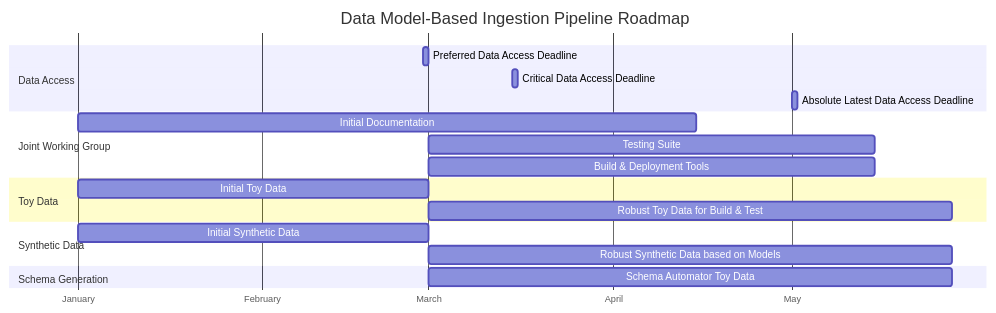
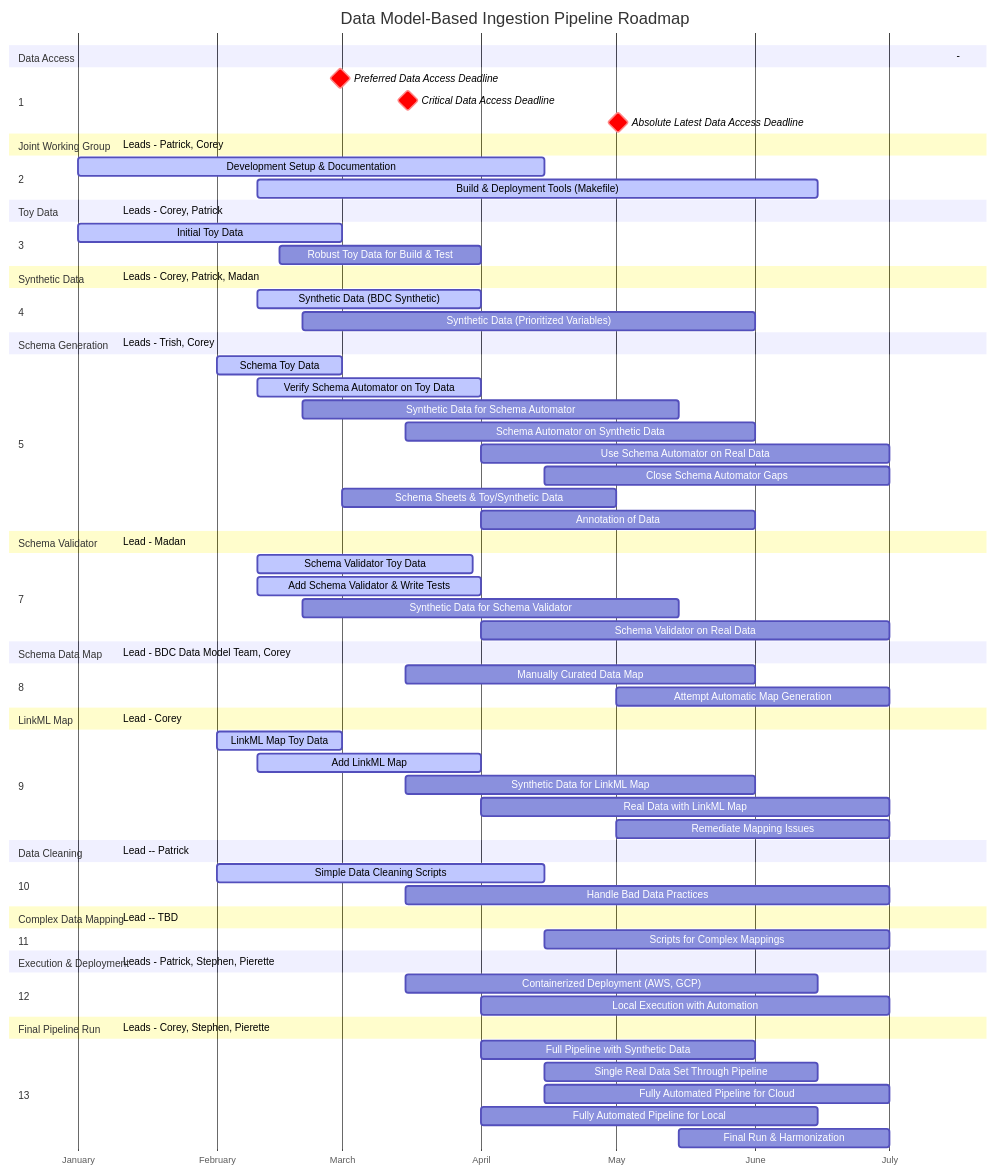
The first of 2 diagrams in DEVELOPMENT.md (linkml/dm-bip), drawn with Mermaid before and after one commit. The commit also changed other lines of this file, not shown here.

Commit message:
Complete initial development roadmap

```diff
--- a/DEVELOPMENT.md
+++ b/DEVELOPMENT.md
@@ -8,22 +8,104 @@
 gantt
     title Data Model-Based Ingestion Pipeline Roadmap
     dateFormat  YYYY-MM-DD
+
     section Data Access
-    Preferred Data Access Deadline          :Milestone, 2025-02-28, 1d
-    Critical Data Access Deadline           :Milestone, 2025-03-15, 1d
-    Absolute Latest Data Access Deadline    :Milestone, 2025-05-01, 1d
-    section Joint Working Group
-    Initial Documentation                   :Milestone, 2025-01-01, 2025-04-15
-    Testing Suite                           :Milestone, 2025-03-01, 2025-05-15
-    Build & Deployment Tools                :Milestone, 2025-03-01, 2025-05-15
+    -                                       :done, 2025-07-15, 0d
+
+    section 1 
+    Preferred Data Access Deadline          :crit, milestone, 2025-02-28, 1d
+    Critical Data Access Deadline           :crit, milestone, 2025-03-15, 1d
+    Absolute Latest Data Access Deadline    :crit, milestone, 2025-05-01, 1d
+
+    section Joint Working Group 
+    Leads - Patrick, Corey                  :done, 2025-01-10, 0d
+
+    section 2 
+    Development Setup & Documentation       :active, 2025-01-01, 2025-04-15
+    Build & Deployment Tools (Makefile)     :active, 2025-02-10, 2025-06-15
+
     section Toy Data
-    Initial Toy Data                        :Milestone, 2025-01-01, 2025-03-01
-    Robust Toy Data for Build & Test        :Milestone, 2025-03-01, 2025-05-28
+    Leads - Corey, Patrick                  :done, 2025-01-10, 0d
+
+    section 3 
+    Initial Toy Data                        :active, 2025-01-01, 2025-03-01
+    Robust Toy Data for Build & Test        :2025-02-15, 2025-04-01
+
     section Synthetic Data
-    Initial Synthetic Data                  :Milestone, 2025-01-01, 2025-03-01
-    Robust Synthetic Data based on Models   :Milestone, 2025-03-01, 2025-05-28
+    Leads - Corey, Patrick, Madan           :done, 2025-01-10, 0d
+
+    section 4 
+    Synthetic Data (BDC Synthetic)          :active, 2025-02-10, 2025-04-01
+    Synthetic Data (Prioritized Variables)  :2025-02-20, 2025-06-01
+
     section Schema Generation
-    Schema Automator Toy Data               :Milestone, 2025-03-01, 2025-05-28
+    Leads - Trish, Corey                    :done, 2025-01-10, 0d
+
+    section 5 
+    Schema Toy Data                         :active, 2025-02-01, 2025-03-01
+    Verify Schema Automator on Toy Data     :active, 2025-02-10, 2025-04-01
+    Synthetic Data for Schema Automator     :2025-02-20, 2025-05-15
+    Schema Automator on Synthetic Data      :2025-03-15, 2025-06-01
+    Use Schema Automator on Real Data       :2025-04-01, 2025-07-01
+    Close Schema Automator Gaps             :2025-04-15, 2025-07-01
+    Schema Sheets & Toy/Synthetic Data      :2025-03-01, 2025-05-01
+    Annotation of Data                      :2025-04-01, 2025-06-01
+
+    section Schema Validator
+    Lead - Madan                            :done, 2025-01-10, 0d
+
+    section 7 
+    Schema Validator Toy Data               :active, 2025-02-10, 2025-03-30
+    Add Schema Validator & Write Tests      :active, 2025-02-10, 2025-04-01
+    Synthetic Data for Schema Validator     :2025-02-20, 2025-05-15
+    Schema Validator on Real Data           :2025-04-01, 2025-07-01
+
+    section Schema Data Map
+    Lead - BDC Data Model Team, Corey       :done, 2025-01-10, 0d
+
+    section 8 
+    Manually Curated Data Map               :2025-03-015, 2025-06-01
+    Attempt Automatic Map Generation        :2025-05-01, 2025-07-01
+
+    section LinkML Map 
+    Lead - Corey                            :done, 2025-01-10, 0d
+
+    section 9 
+    LinkML Map Toy Data                     :active, 2025-02-01, 2025-03-01
+    Add LinkML Map                          :active, 2025-02-10, 2025-04-01
+    Synthetic Data for LinkML Map           :2025-03-15, 2025-06-01
+    Real Data with LinkML Map               :2025-04-01, 2025-07-01
+    Remediate Mapping Issues                :2025-05-01, 2025-07-01
+
+    section Data Cleaning 
+    Lead -- Patrick                         :done, 2025-01-10, 0d
+
+    section 10 
+    Simple Data Cleaning Scripts            :active, 2025-02-01, 2025-04-15
+    Handle Bad Data Practices               :2025-03-15, 2025-07-01
+
+    section Complex Data Mapping
+    Lead -- TBD                             :done, 2025-01-10, 0d
+
+    section 11 
+    Scripts for Complex Mappings            :2025-04-15, 2025-07-01
+
+    section Execution & Deployment
+    Leads - Patrick, Stephen, Pierette      :done, 2025-01-10, 0d
+
+    section 12 
+    Containerized Deployment (AWS, GCP)     :2025-03-15, 2025-06-15
+    Local Execution with Automation         :2025-04-01, 2025-07-01
+
+    section Final Pipeline Run
+    Leads - Corey, Stephen, Pierette        :done, 2025-01-10, 0d
+
+    section 13 
+    Full Pipeline with Synthetic Data       :2025-04-01, 2025-06-01
+    Single Real Data Set Through Pipeline   :2025-04-15, 2025-06-15
+    Fully Automated Pipeline for Cloud      :2025-04-15, 2025-07-01
+    Fully Automated Pipeline for Local      :2025-04-01, 2025-06-15
+    Final Run & Harmonization               :2025-05-15, 2025-07-01
 
     axisFormat %B
     tickInterval 1month
```
